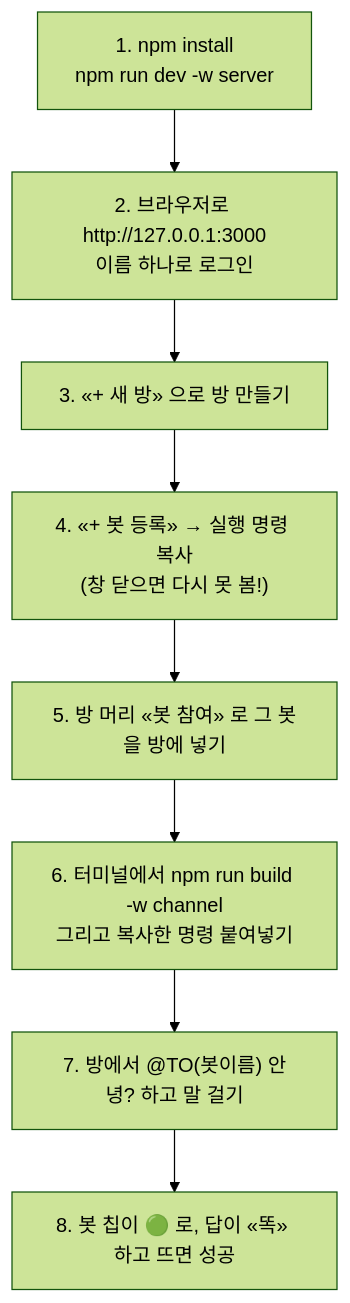
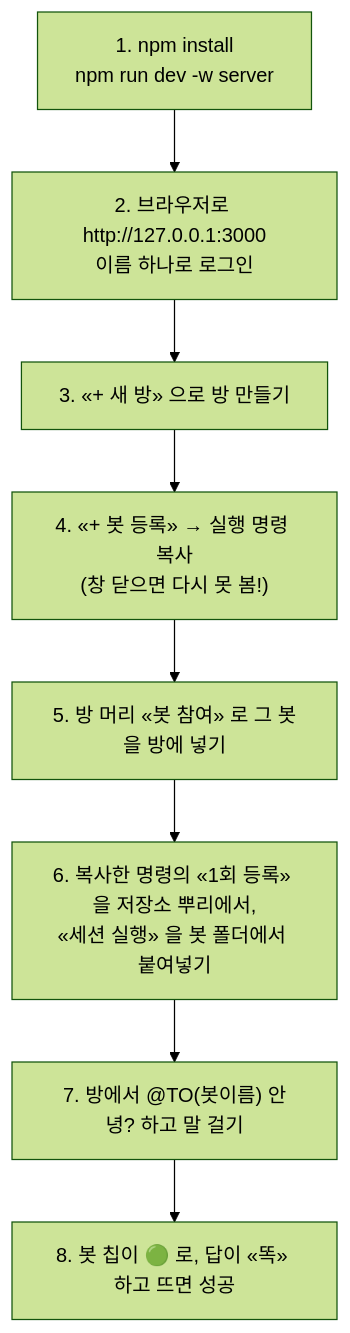
One commit to bjw202/minidiscord changed diagram 12 of 13 in README.md. Above: the diagram before and after it, drawn with Mermaid (forest theme). The commit also changed other lines of this file and 2 other files, not shown here.

````diff
--- a/README.md
+++ b/README.md
@@ -315,10 +315,10 @@
 ```mermaid
 flowchart TD
     A["1. npm install<br/>npm run dev -w server"] --> B["2. 브라우저로 http://127.0.0.1:3000<br/>이름 하나로 로그인"]
     B --> C["3. «+ 새 방» 으로 방 만들기"]
     C --> D["4. «+ 봇 등록» → 실행 명령 복사<br/>(창 닫으면 다시 못 봄!)"]
     D --> E["5. 방 머리 «봇 참여» 로 그 봇을 방에 넣기"]
-    E --> F["6. 터미널에서 npm run build -w channel<br/>그리고 복사한 명령 붙여넣기"]
+    E --> F["6. 복사한 명령의 «1회 등록» 을 저장소 뿌리에서,<br/>«세션 실행» 을 봇 폴더에서 붙여넣기"]
     F --> G["7. 방에서 @TO(봇이름) 안녕? 하고 말 걸기"]
     G --> H["8. 봇 칩이 🟢 로, 답이 «똑» 하고 뜨면 성공"]
 ```
````
